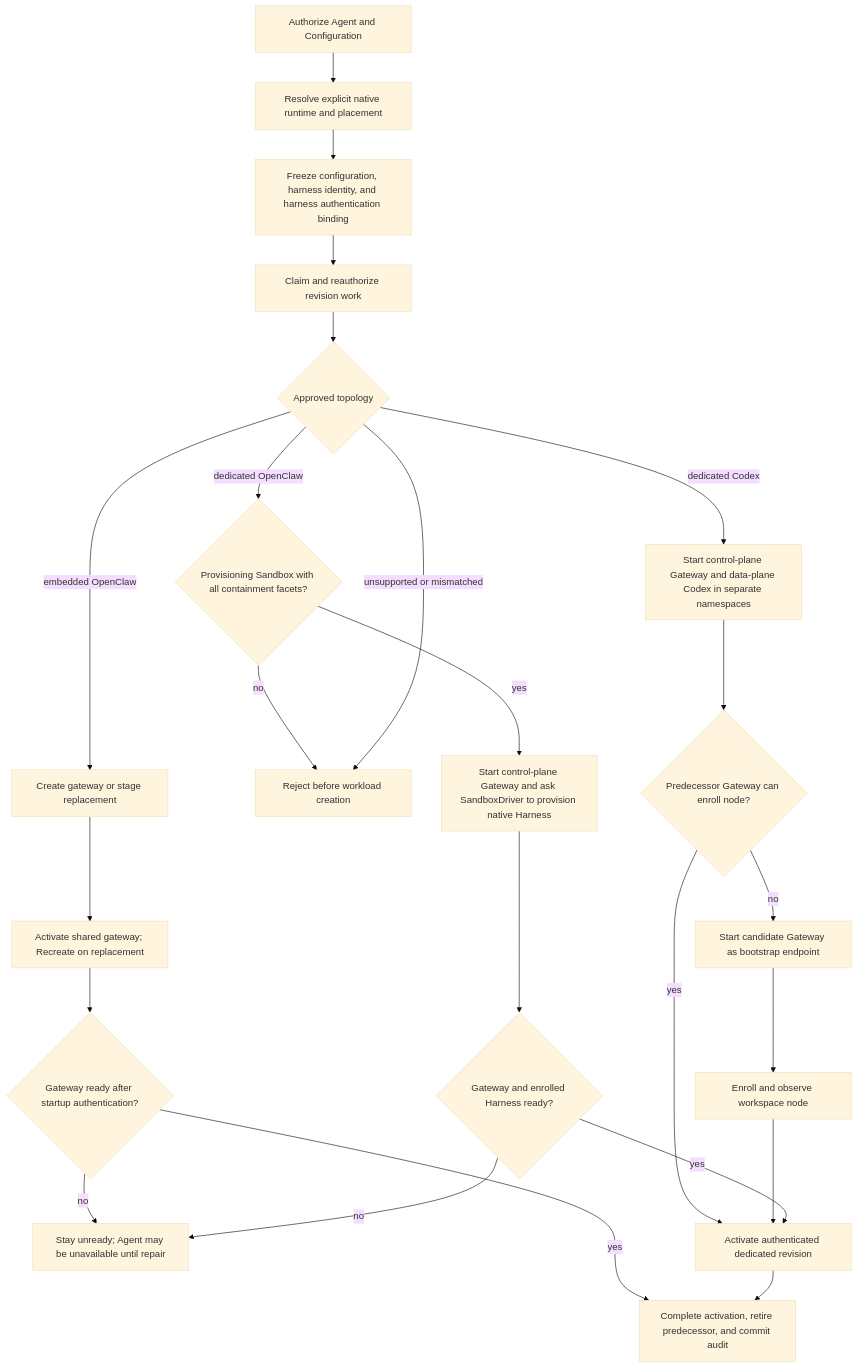
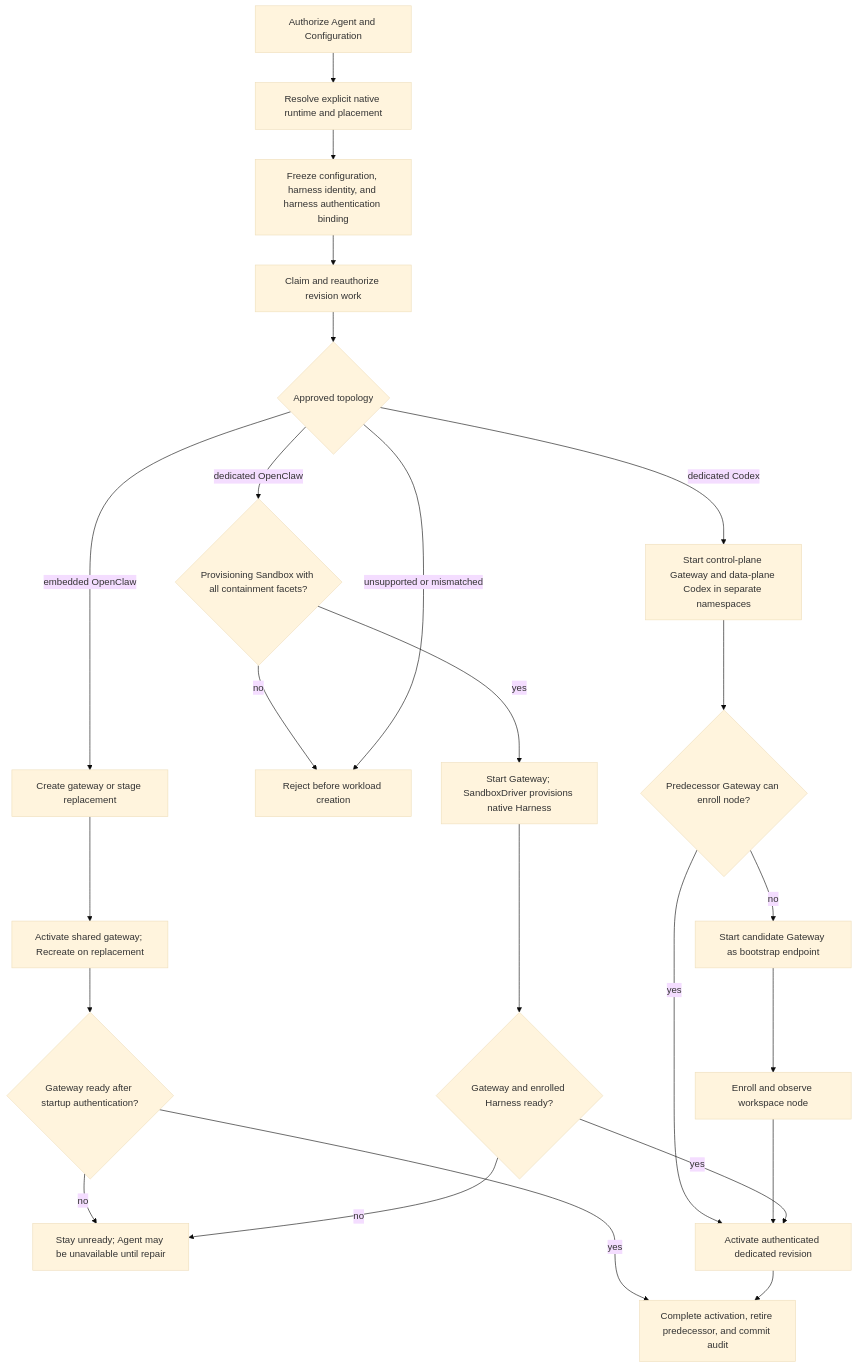
One commit to IsaiahStapleton/openclaw-enterprise changed the diagram in docs/flows/harness-execution-topology.md. Above: the diagram before and after it, drawn with Mermaid (base theme). The commit also changed other lines of this file and 1 other file, not shown here.

First line of the commit message:
Restore main's flow-doc changelogs and add one #440 entry each

````diff
--- a/docs/flows/harness-execution-topology.md
+++ b/docs/flows/harness-execution-topology.md
@@ -28,26 +28,26 @@
 ```mermaid
 graph TD
   A["Authorize Agent and Configuration"] --> B["Resolve explicit native runtime and placement"]
   B --> C["Freeze configuration, harness identity, and harness authentication binding"]
   C --> D["Claim and reauthorize revision work"]
   D --> E{"Approved topology"}
   E -->|embedded OpenClaw| F["Create gateway or stage replacement"]
   E -->|dedicated Codex| G["Start control-plane Gateway and data-plane Codex in separate namespaces"]
   E -->|dedicated OpenClaw| Q{"Provisioning Sandbox with all containment facets?"}
   Q -->|no| H
-  Q -->|yes| R["Start control-plane Gateway and ask SandboxDriver to provision native Harness"]
+  Q -->|yes| R["Start Gateway; SandboxDriver provisions native Harness"]
   E -->|unsupported or mismatched| H["Reject before workload creation"]
   F --> I["Activate shared gateway; Recreate on replacement"]
   I --> K{"Gateway ready after startup authentication?"}
   K -->|no| L["Stay unready; Agent may be unavailable until repair"]
   K -->|yes| J["Complete activation, retire predecessor, and commit audit"]
   G --> N{"Predecessor Gateway can enroll node?"}
   N -->|yes| M["Activate authenticated dedicated revision"]
   N -->|no| O["Start candidate Gateway as bootstrap endpoint"]
   O --> P["Enroll and observe workspace node"]
   P --> M
   R --> S{"Gateway and enrolled Harness ready?"}
   S -->|no| L
   S -->|yes| M
   M --> J
 ```
````
